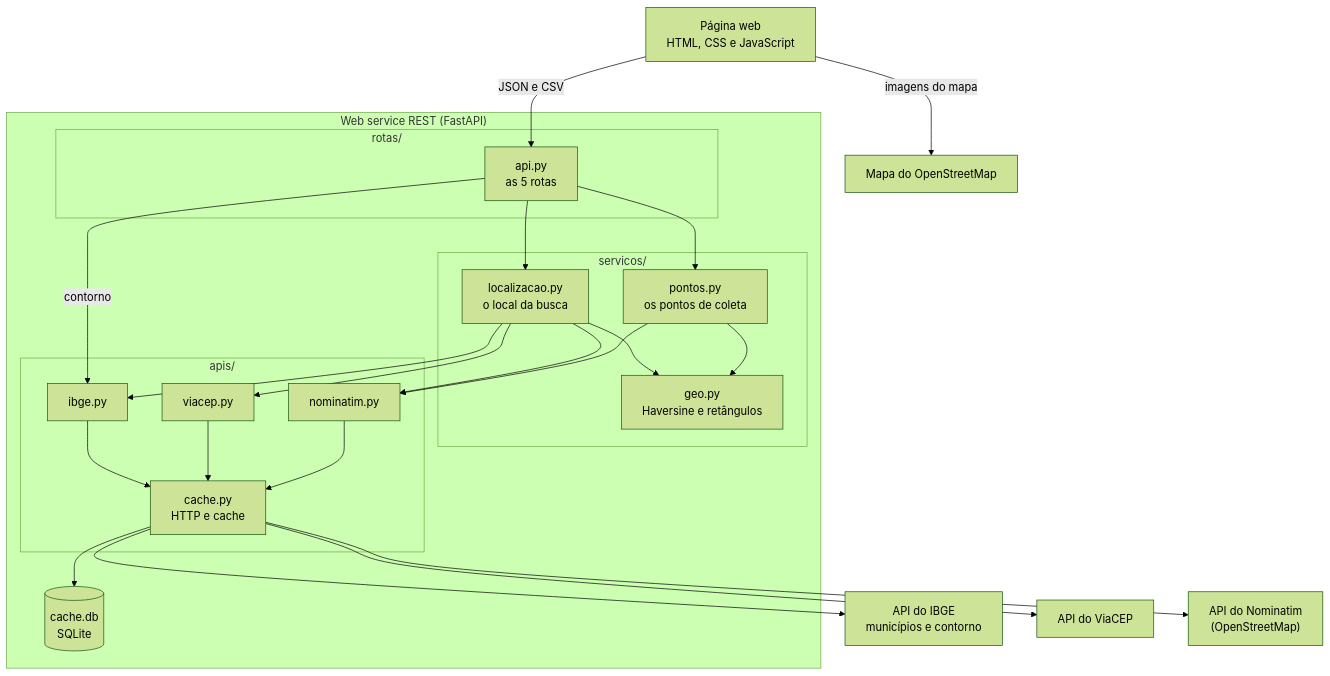
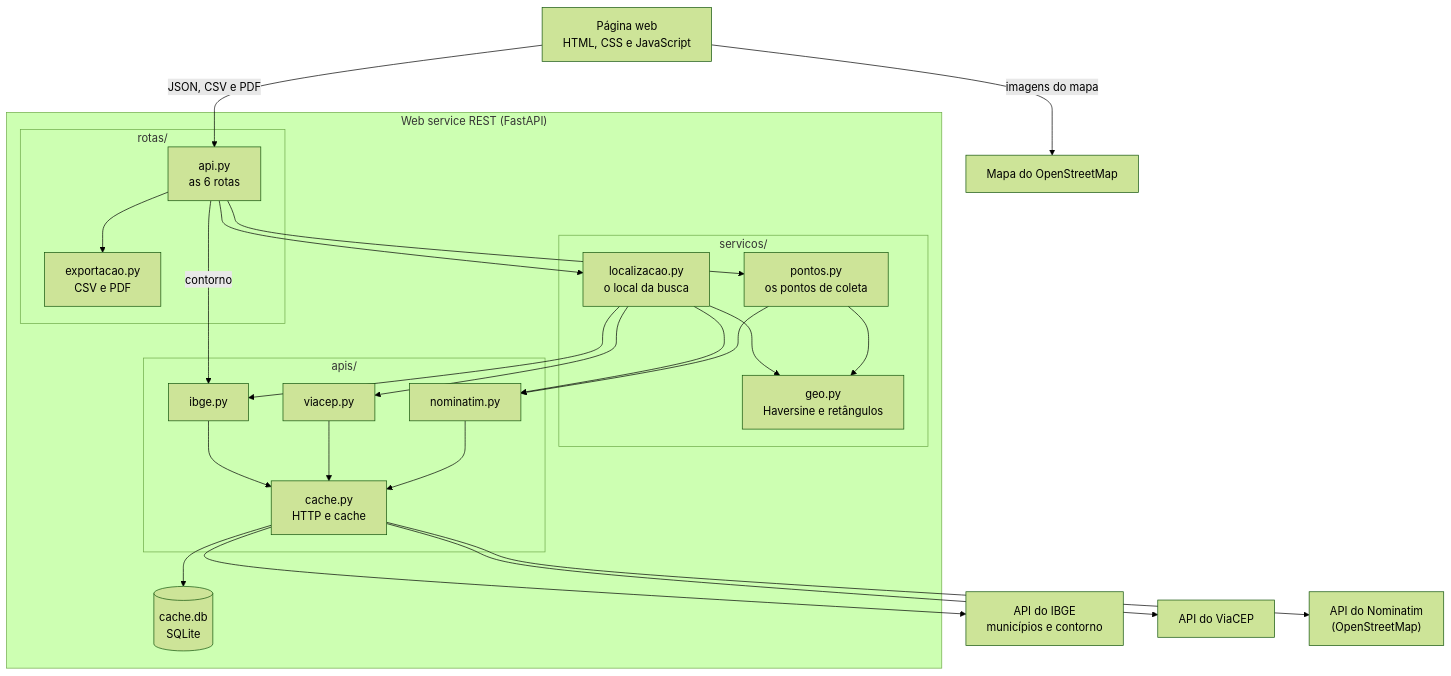
The first of 4 diagrams in docs/DIAGRAMAS.md (GustasSilva/residuogo), drawn with Mermaid (forest theme) before and after one commit. The commit also changed other lines of this file and 20 other files, not shown here.

````diff
--- a/docs/DIAGRAMAS.md
+++ b/docs/DIAGRAMAS.md
@@ -9,46 +9,48 @@
 ```mermaid
 flowchart TB
     pagina["Página web<br/>HTML, CSS e JavaScript"]
 
     subgraph servico["Web service REST (FastAPI)"]
         subgraph rotas["rotas/"]
-            api["api.py<br/>as 5 rotas"]
+            api["api.py<br/>as 6 rotas"]
+            exportacao["exportacao.py<br/>CSV e PDF"]
         end
         subgraph servicos["servicos/"]
             localizacao["localizacao.py<br/>o local da busca"]
             pontos["pontos.py<br/>os pontos de coleta"]
             geo["geo.py<br/>Haversine e retângulos"]
         end
         subgraph apis["apis/"]
             ibge["ibge.py"]
             viacep["viacep.py"]
             nominatim["nominatim.py"]
             cache["cache.py<br/>HTTP e cache"]
         end
         banco[("cache.db<br/>SQLite")]
     end
 
     api_ibge["API do IBGE<br/>municípios e contorno"]
     api_viacep["API do ViaCEP"]
     api_nominatim["API do Nominatim<br/>(OpenStreetMap)"]
     tiles["Mapa do OpenStreetMap"]
 
-    pagina -- "JSON e CSV" --> api
+    pagina -- "JSON, CSV e PDF" --> api
     pagina -- "imagens do mapa" --> tiles
+    api --> exportacao
     api --> localizacao
     api --> pontos
     api -- "contorno" --> ibge
     localizacao --> ibge
     localizacao --> viacep
     localizacao --> nominatim
     pontos --> nominatim
     localizacao --> geo
     pontos --> geo
     ibge --> cache
     viacep --> cache
     nominatim --> cache
     cache --> banco
     cache --> api_ibge
     cache --> api_viacep
     cache --> api_nominatim
 ```
````
